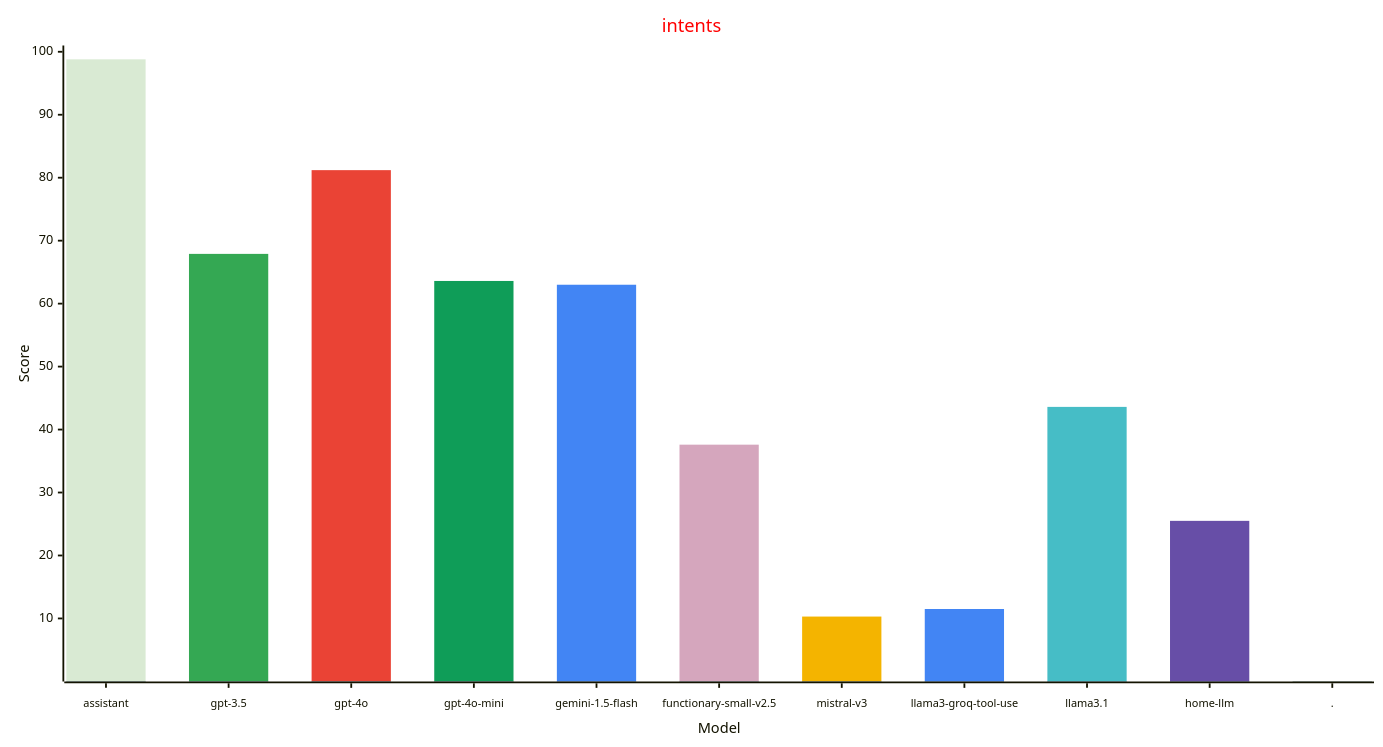
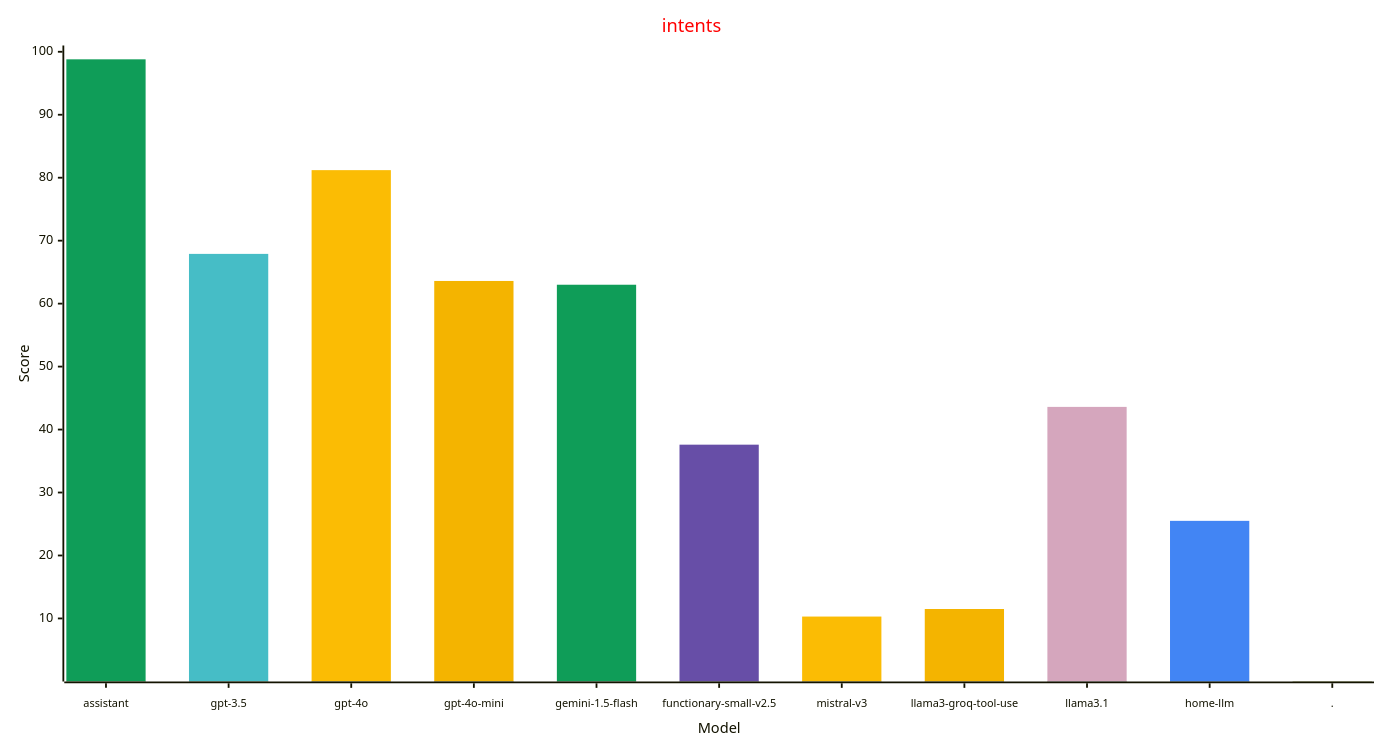
One commit to allenporter/home-assistant-datasets changed the third of 3 diagrams in reports/README.md. Above: the diagram before and after it, drawn with Mermaid. The commit also changed other lines of this file and 272 other files, not shown here.

````diff
--- a/reports/README.md
+++ b/reports/README.md
@@ -151,31 +157,31 @@
 ```mermaid
 ---
 config:
     xyChart:
         width: 1500
         height: 800
         xAxis:
           labelFontSize: 12
           labelPadding: 8
     themeVariables:
         xyChart:
             titleColor: "#ff0000"
-            plotColorPalette: "#d9ead3, #34a853, #ea4335, #0f9d58, #4285f4, #d5a6bd, #f4b400, #4285f4, #46bdc6, #674ea7, #4285f4"
+            plotColorPalette: "#0f9d58, #46bdc6, #fbbc04, #f4b400, #0f9d58, #674ea7, #fbbc04, #f4b400, #d5a6bd, #4285f4, #4285f4"
 
 ---
 xychart-beta
   title "intents"
   x-axis "Model" [assistant, gpt-3.5, gpt-4o, gpt-4o-mini, gemini-1.5-flash, functionary-small-v2.5, mistral-v3, llama3-groq-tool-use, llama3.1, home-llm, .]
   y-axis "Score" 1 --> 100
   bar [98.8, 0.0, 0.0, 0.0, 0.0, 0.0, 0.0, 0.0, 0.0, 0.0, 0.0]
   bar [0.0, 67.9, 0.0, 0.0, 0.0, 0.0, 0.0, 0.0, 0.0, 0.0, 0.0]
   bar [0.0, 0.0, 81.2, 0.0, 0.0, 0.0, 0.0, 0.0, 0.0, 0.0, 0.0]
   bar [0.0, 0.0, 0.0, 63.6, 0.0, 0.0, 0.0, 0.0, 0.0, 0.0, 0.0]
   bar [0.0, 0.0, 0.0, 0.0, 63.0, 0.0, 0.0, 0.0, 0.0, 0.0, 0.0]
   bar [0.0, 0.0, 0.0, 0.0, 0.0, 37.6, 0.0, 0.0, 0.0, 0.0, 0.0]
   bar [0.0, 0.0, 0.0, 0.0, 0.0, 0.0, 10.3, 0.0, 0.0, 0.0, 0.0]
   bar [0.0, 0.0, 0.0, 0.0, 0.0, 0.0, 0.0, 11.5, 0.0, 0.0, 0.0]
   bar [0.0, 0.0, 0.0, 0.0, 0.0, 0.0, 0.0, 0.0, 43.6, 0.0, 0.0]
   bar [0.0, 0.0, 0.0, 0.0, 0.0, 0.0, 0.0, 0.0, 0.0, 25.5, 0.0]
   bar [0.0, 0.0, 0.0, 0.0, 0.0, 0.0, 0.0, 0.0, 0.0, 0.0, -1.0]
 ```
````
